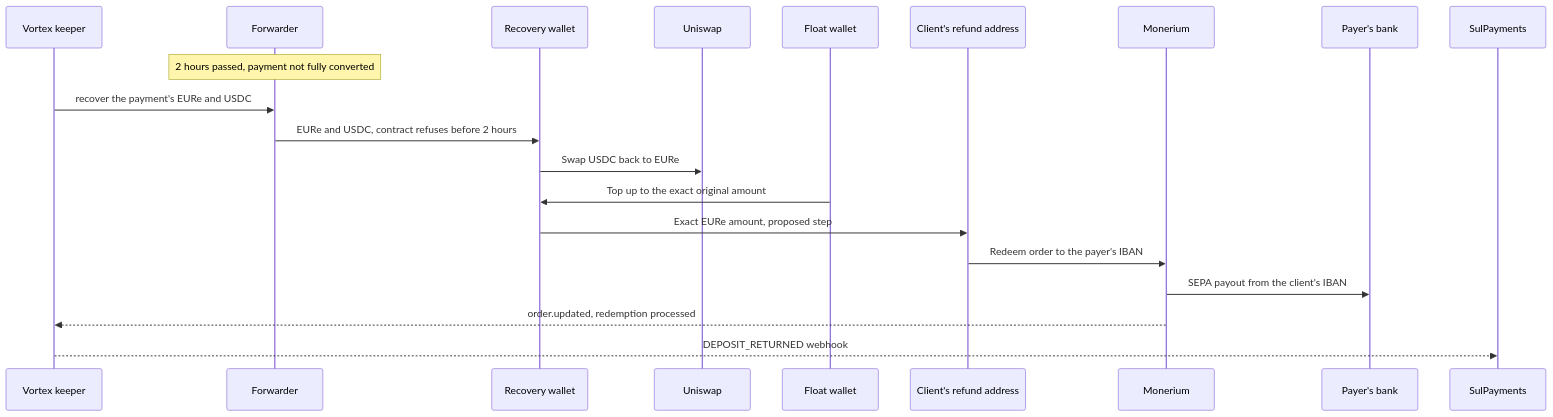
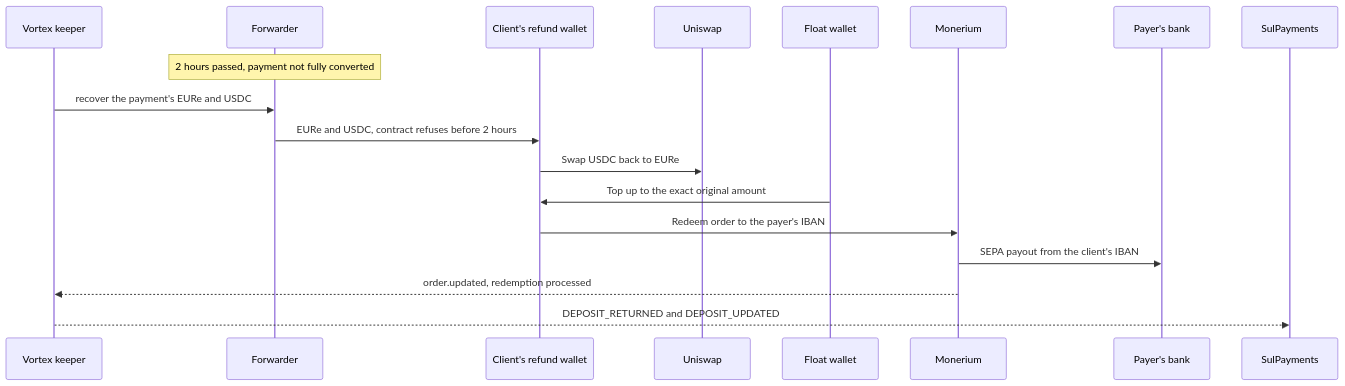
Before and after one commit to pendulum-chain/vortex: the fifth of 6 diagrams in docs/product-monerium-b2b-flow.md, drawn with Mermaid. The commit also changed other lines of this file and 5 other files, not shown here.

First line of the commit message:
docs(repo): document per-client refund wallets for the B2B onramp

````diff
--- a/docs/product-monerium-b2b-flow.md
+++ b/docs/product-monerium-b2b-flow.md
@@ -351,23 +351,21 @@
 ```mermaid
 sequenceDiagram
     participant V as Vortex keeper
     participant F as Forwarder
-    participant R as Recovery wallet
+    participant R as Client's refund wallet
     participant U as Uniswap
     participant FL as Float wallet
-    participant RA as Client's refund address
     participant M as Monerium
     participant B as Payer's bank
     participant SP as SulPayments
 
     Note over F: 2 hours passed, payment not fully converted
     V->>F: recover the payment's EURe and USDC
     F->>R: EURe and USDC, contract refuses before 2 hours
     R->>U: Swap USDC back to EURe
     FL->>R: Top up to the exact original amount
-    R->>RA: Exact EURe amount, proposed step
-    RA->>M: Redeem order to the payer's IBAN
+    R->>M: Redeem order to the payer's IBAN
     M->>B: SEPA payout from the client's IBAN
     M-->>V: order.updated, redemption processed
-    V-->>SP: DEPOSIT_RETURNED webhook
+    V-->>SP: DEPOSIT_RETURNED and DEPOSIT_UPDATED
 ```
````
